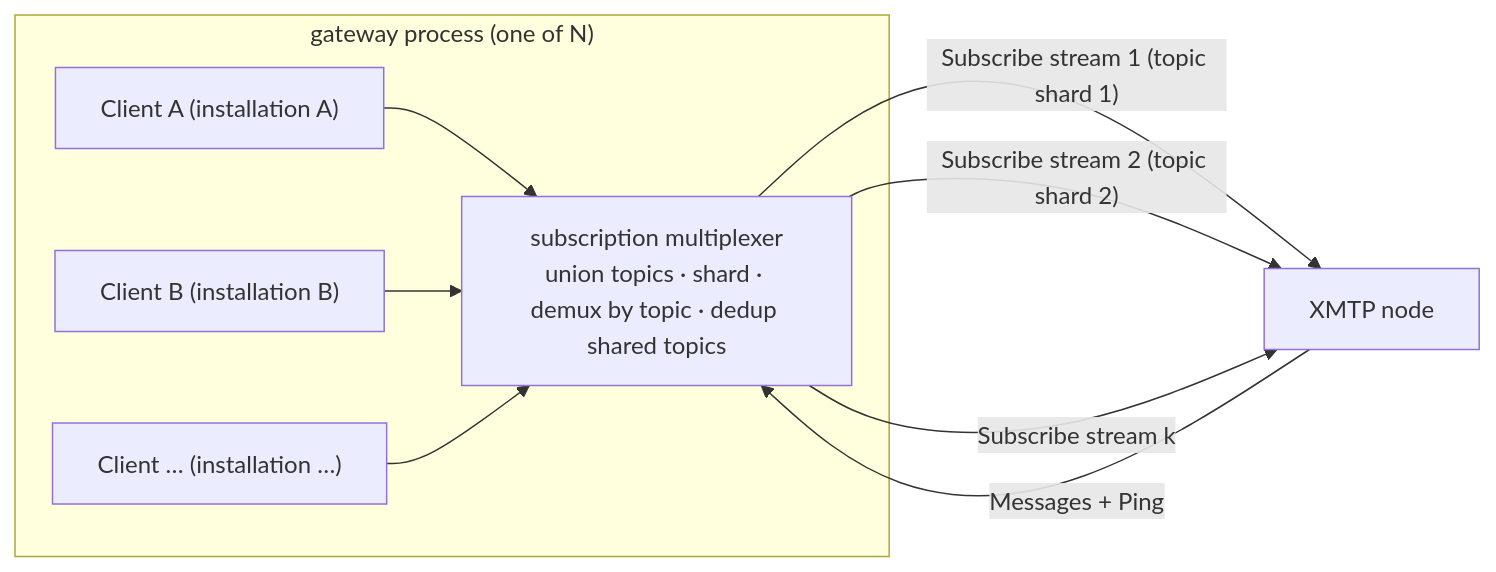
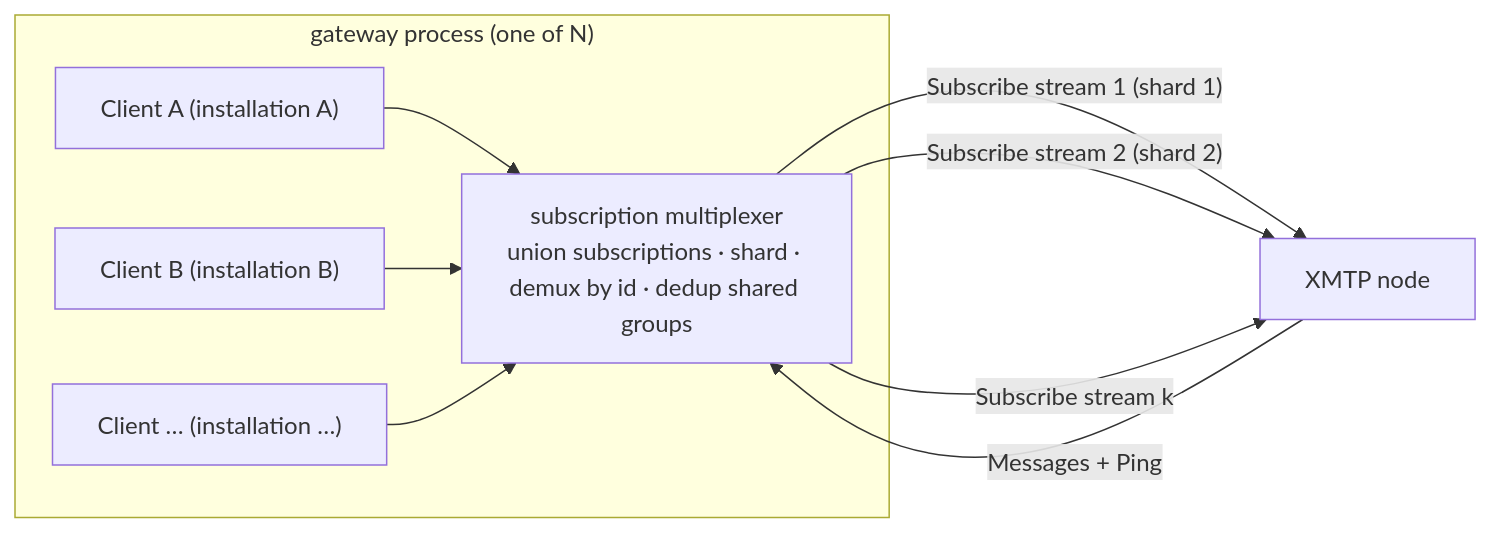
The first of 3 diagrams in XIPs/xip-83-mutable-subscription-streams.md (xmtp/XIPs), drawn with Mermaid before and after one commit. The commit also changed other lines of this file, not shown here.

Commit message:
XIP-83: id-based group/welcome subscriptions (not opaque topics) + versioned messages

````diff
--- a/XIPs/xip-83-mutable-subscription-streams.md
+++ b/XIPs/xip-83-mutable-subscription-streams.md
@@ -65,16 +65,16 @@
 ```mermaid
 flowchart LR
     subgraph proc["gateway process (one of N)"]
         c1["Client A (installation A)"]
         c2["Client B (installation B)"]
         c3["Client … (installation …)"]
-        mux["subscription multiplexer<br/>union topics · shard · demux by topic · dedup shared topics"]
+        mux["subscription multiplexer<br/>union subscriptions · shard · demux by id · dedup shared groups"]
         c1 --> mux
         c2 --> mux
         c3 --> mux
     end
-    mux -->|"Subscribe stream 1 (topic shard 1)"| node["XMTP node"]
-    mux -->|"Subscribe stream 2 (topic shard 2)"| node
+    mux -->|"Subscribe stream 1 (shard 1)"| node["XMTP node"]
+    mux -->|"Subscribe stream 2 (shard 2)"| node
     mux -->|"Subscribe stream k"| node
     node -->|"Messages + Ping"| mux
 ```
````
